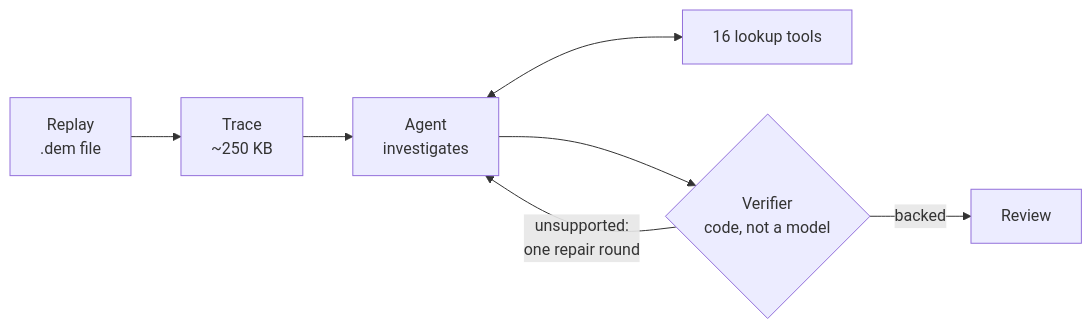
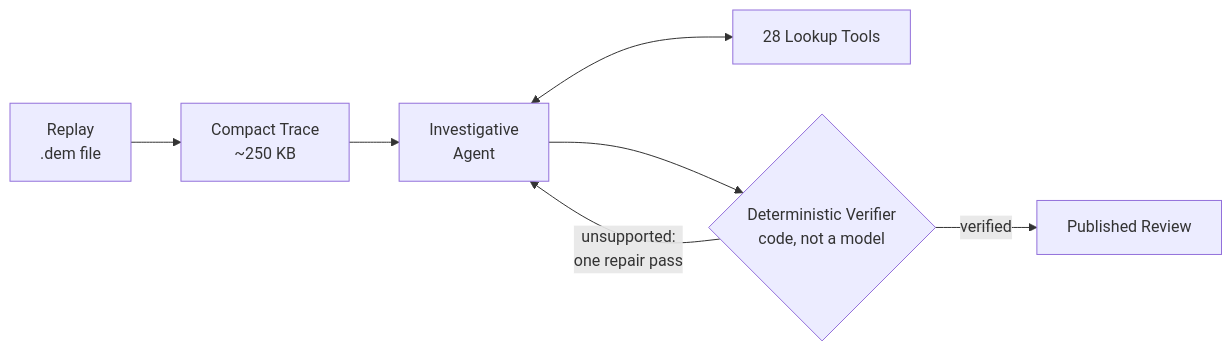
The diagram in README.md (qianhaoq/dota2.ai), drawn with Mermaid before and after one commit. The commit also changed other lines of this file and 21 other files, not shown here.

````diff
--- a/README.md
+++ b/README.md
@@ -57,9 +65,9 @@
 ```mermaid
 flowchart LR
-    R["Replay<br/>.dem file"] --> T["Trace<br/>~250 KB"]
-    T --> A["Agent<br/>investigates"]
-    A <--> L["16 lookup tools"]
-    A --> V{"Verifier<br/>code, not a model"}
-    V -- "unsupported:<br/>one repair round" --> A
-    V -- "backed" --> D["Review"]
+    R["Replay<br/>.dem file"] --> T["Compact Trace<br/>~250 KB"]
+    T --> A["Investigative<br/>Agent"]
+    A <--> L["28 Lookup Tools"]
+    A --> V{"Deterministic Verifier<br/>code, not a model"}
+    V -- "unsupported:<br/>one repair pass" --> A
+    V -- "verified" --> D["Published Review"]
 ```
````
